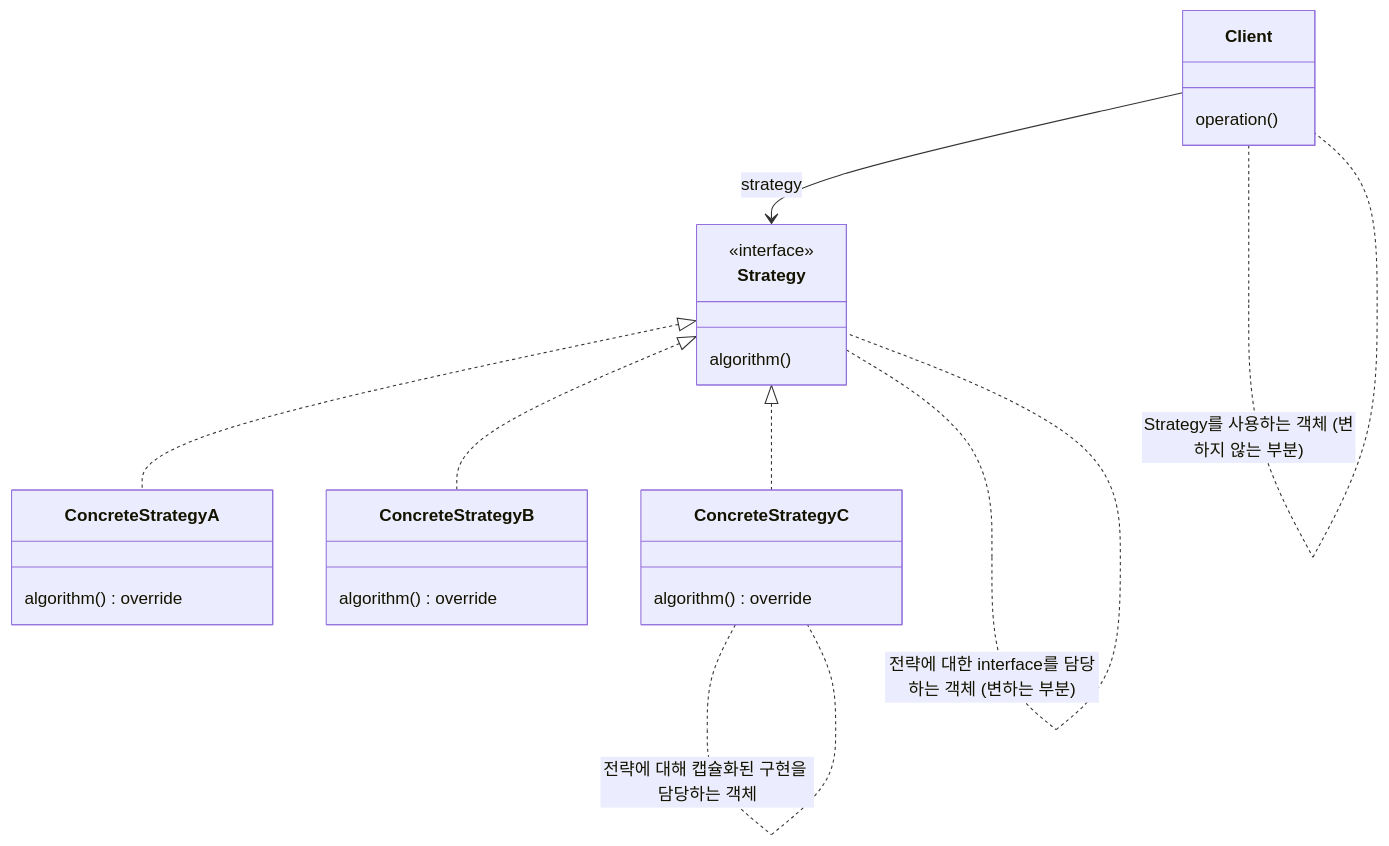
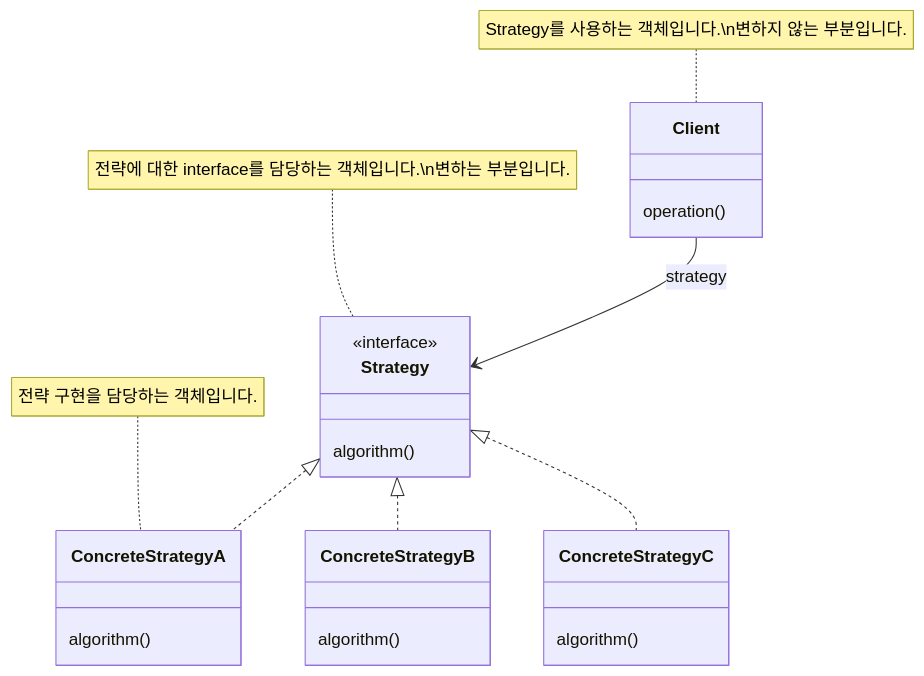
One commit to choesimin/choesimin.github.io changed the first of 5 diagrams in _notes/design-pattern/strategy-pattern.md. Above: the diagram before and after it, drawn with Mermaid. The commit also changed other lines of this file and 5 other files, not shown here.

````diff
--- a/_notes/design-pattern/strategy-pattern.md
+++ b/_notes/design-pattern/strategy-pattern.md
@@ -51,31 +77,31 @@
 ```mermaid
 classDiagram
 
 class Client {
     operation()
 }
 
 class Strategy {
     <<interface>>
     algorithm()
 }
 
 class ConcreteStrategyA {
-    algorithm() override
+    algorithm()
 }
 class ConcreteStrategyB {
-    algorithm() override
+    algorithm()
 }
 class ConcreteStrategyC {
-    algorithm() override
+    algorithm()
 }
 
 Client --> Strategy : strategy
 Strategy <|.. ConcreteStrategyA
 Strategy <|.. ConcreteStrategyB
 Strategy <|.. ConcreteStrategyC
 
-Client .. Client : Strategy를 사용하는 객체 (변하지 않는 부분)
-Strategy .. Strategy : 전략에 대한 interface를 담당하는 객체 (변하는 부분)
-ConcreteStrategyC .. ConcreteStrategyC : 전략에 대해 캡슐화된 구현을 담당하는 객체
+note for Client "Strategy를 사용하는 객체입니다.\n변하지 않는 부분입니다."
+note for Strategy "전략에 대한 interface를 담당하는 객체입니다.\n변하는 부분입니다."
+note for ConcreteStrategyA "전략 구현을 담당하는 객체입니다."
 ```
````
